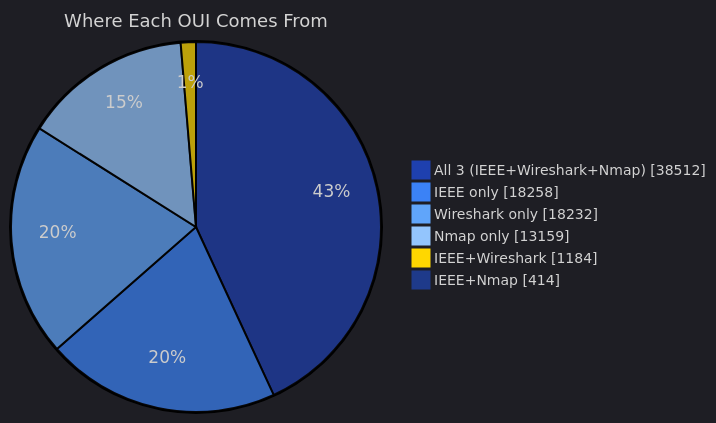
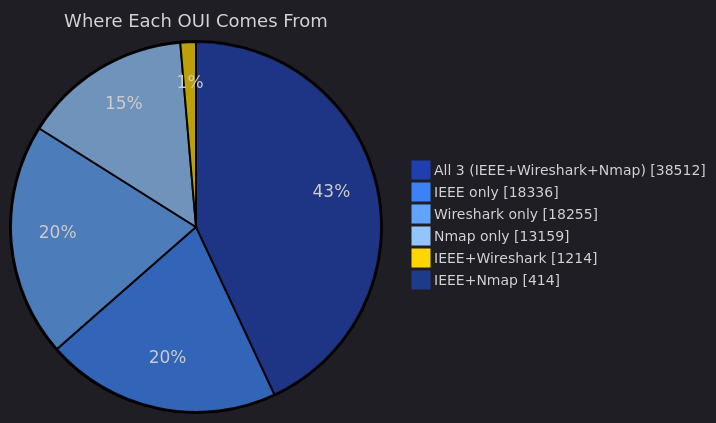
The second of 5 diagrams in README.md (Ringmast4r/OUI-Master-Database), drawn with Mermaid before and after one commit. The commit also changed other lines of this file and 14 other files, not shown here.

````diff
--- a/README.md
+++ b/README.md
@@ -93,11 +93,11 @@
 ```mermaid
 %%{init: {'theme':'dark', 'themeVariables': {'pie1':'#1E40AF','pie2':'#3B82F6','pie3':'#60A5FA','pie4':'#93C5FD','pie5':'#FFD700','pie6':'#1E3A8A','pieTitleTextSize':'18px','pieLegendTextSize':'14px'}}}%%
 pie showData
     title Where Each OUI Comes From
     "All 3 (IEEE+Wireshark+Nmap)" : 38512
-    "IEEE only" : 18258
-    "Wireshark only" : 18232
+    "IEEE only" : 18336
+    "Wireshark only" : 18255
     "Nmap only" : 13159
-    "IEEE+Wireshark" : 1184
+    "IEEE+Wireshark" : 1214
     "IEEE+Nmap" : 414
 ```
````
